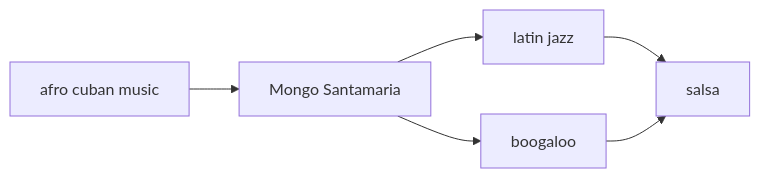
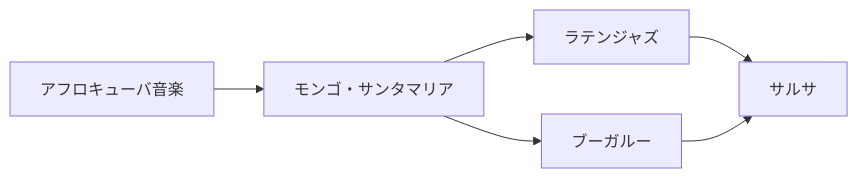
One commit to monumental-movement/monumental-movement.github.io changed the fifth of 7 diagrams in en/_posts/2026-06-25-column-mongo-santamaria.md. Above: the diagram before and after it, drawn with Mermaid. The commit also changed other lines of this file and 2196 other files, not shown here.

```diff
--- a/en/_posts/2026-06-25-column-mongo-santamaria.md
+++ b/en/_posts/2026-06-25-column-mongo-santamaria.md
@@ -719,15 +718,15 @@
 <div class="mermaid">
 graph LR
-A[afro cuban music]
-B[Mongo Santamaria]
-C[latin jazz]
-D[boogaloo]
-E[salsa]
+A[アフロキューバ音楽]
+B[モンゴ・サンタマリア]
+C[ラテンジャズ]
+D[ブーガルー]
+E[サルサ]
 
 A --> B
 B --> C
 B --> D
 C --> E
 D --> E
 
 </div>
```
